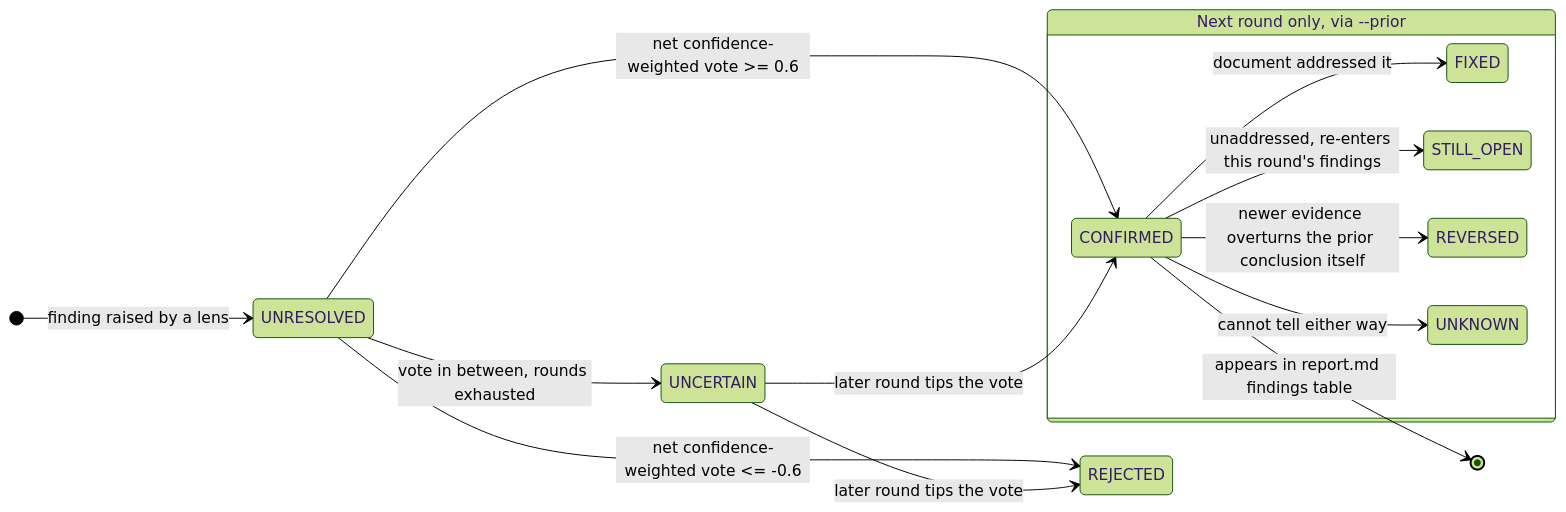
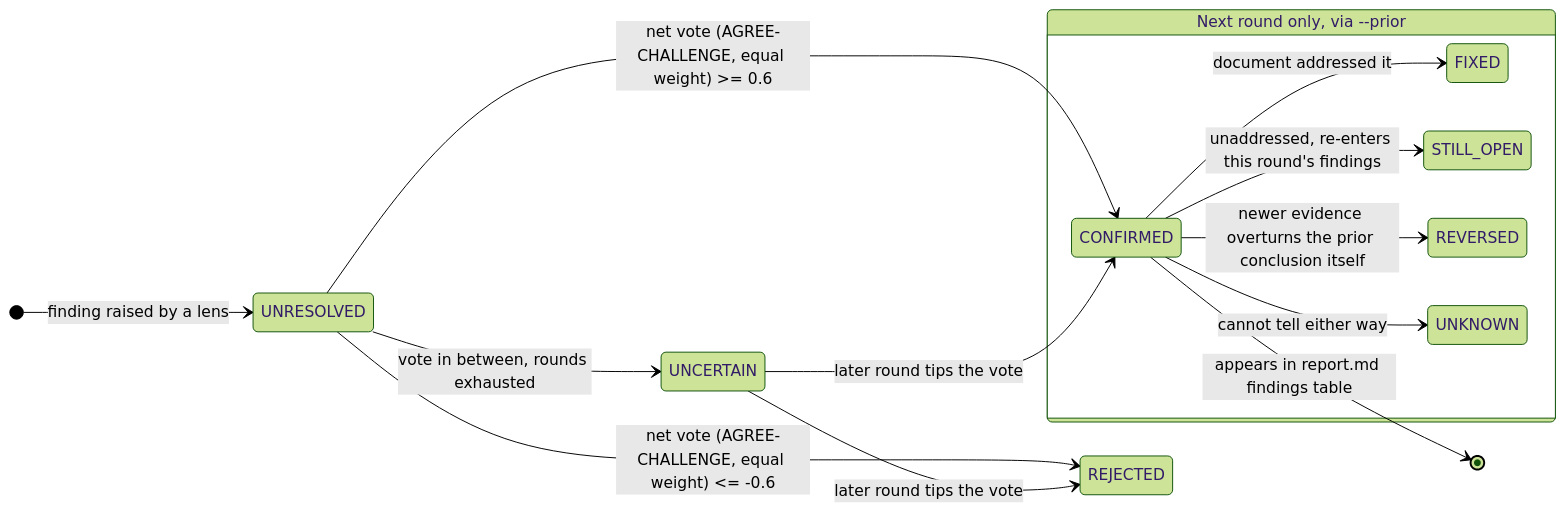
One commit to Loop-Suite/research-loop changed the fourth of 5 diagrams in README.md. Above: the diagram before and after it, drawn with Mermaid (forest theme). The commit also changed other lines of this file and 1 other file, not shown here.

Commit message:
fix(discourse): confidence 자기신고 가중치 제거, 균등 가중 투표로 전환 (Addresses #3)
- confidence_weight()가 high/medium/low와 무관하게 항상 1.0 반환 → AGREE/CHALLENGE
  동일 가중치의 순수 다수결로 변경. 실측 없는 1.0/0.6/0.3 상수는 없는 정밀도를
  가장하는 것이라 균등 가중이 더 안전한 기본값.
- confidence 필드 자체는 audit trail 표시용으로 계속 요청·보존(정보 제공 목적).
- 통계적 calibration은 여전히 미해결 — 라벨링된 벤치마크 없이는 원천적으로 불가능,
  이슈 close 안 함.

````diff
--- a/README.md
+++ b/README.md
@@ -163,18 +163,18 @@
 ```mermaid
 stateDiagram-v2
     direction LR
     [*] --> UNRESOLVED: finding raised by a lens
-    UNRESOLVED --> CONFIRMED: net confidence-weighted vote >= 0.6
-    UNRESOLVED --> REJECTED: net confidence-weighted vote <= -0.6
+    UNRESOLVED --> CONFIRMED: net vote (AGREE-CHALLENGE, equal weight) >= 0.6
+    UNRESOLVED --> REJECTED: net vote (AGREE-CHALLENGE, equal weight) <= -0.6
     UNRESOLVED --> UNCERTAIN: vote in between, rounds exhausted
     UNCERTAIN --> CONFIRMED: later round tips the vote
     UNCERTAIN --> REJECTED: later round tips the vote
     CONFIRMED --> [*]: appears in report.md findings table
 
     state "Next round only, via --prior" as NextRound {
         CONFIRMED --> FIXED: document addressed it
         CONFIRMED --> STILL_OPEN: unaddressed, re-enters this round's findings
         CONFIRMED --> REVERSED: newer evidence overturns the prior conclusion itself
         CONFIRMED --> UNKNOWN: cannot tell either way
     }
 ```
````
